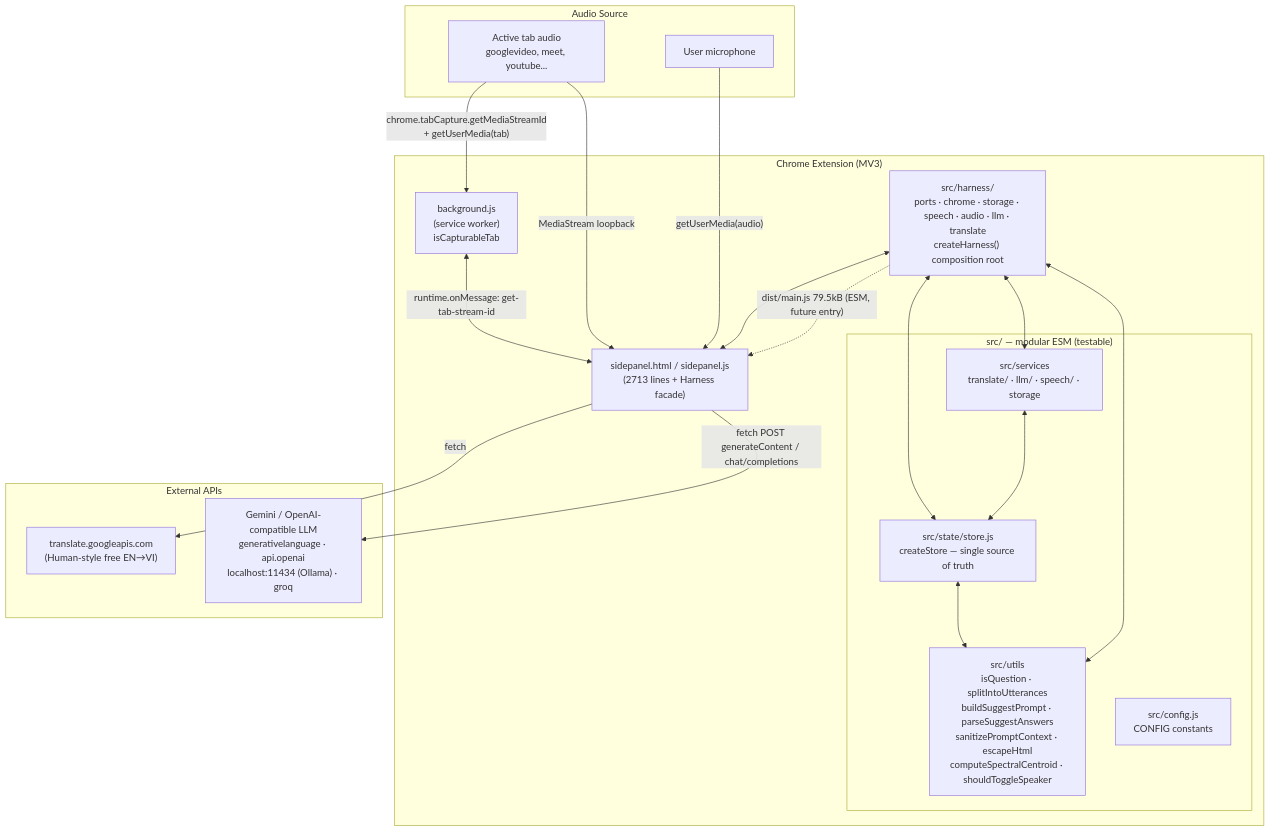
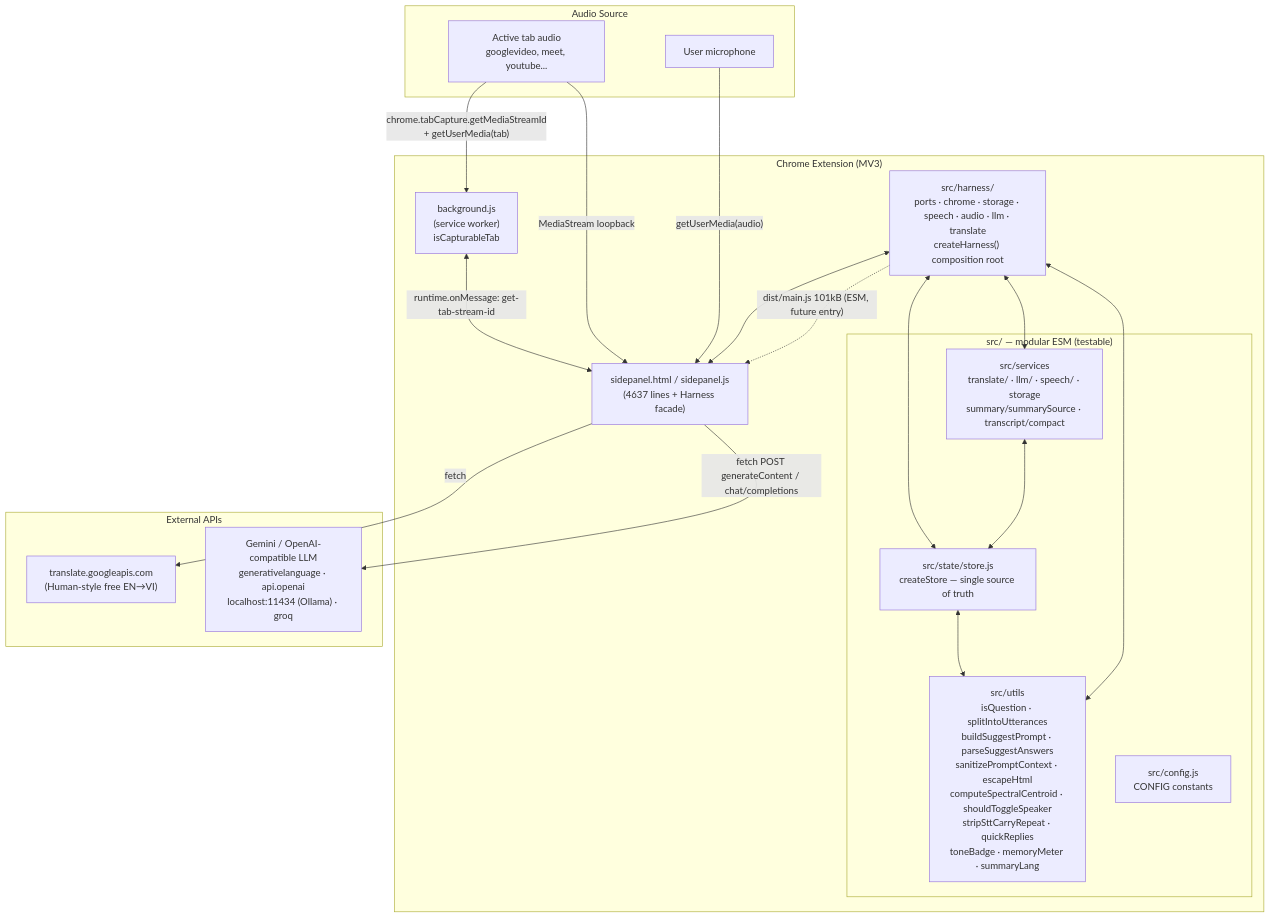
Before and after one commit to nbhson/app-live-translate-extension: the first of 9 diagrams in README.md, drawn with Mermaid. The commit also changed other lines of this file and 16 other files, not shown here.

First line of the commit message:
chore(1.4.0): UI overhaul port React copilot + full-meeting summary + STT guard, docs sync

````diff
--- a/README.md
+++ b/README.md
@@ -13,37 +13,37 @@
 ```mermaid
 flowchart TB
     subgraph Extension["Chrome Extension (MV3)"]
         BG["background.js<br/>(service worker)<br/>isCapturableTab"]
-        SP["sidepanel.html / sidepanel.js<br/>(2713 lines + Harness facade)"]
+        SP["sidepanel.html / sidepanel.js<br/>(4637 lines + Harness facade)"]
         HARNESS["src/harness/<br/>ports · chrome · storage · speech · audio · llm · translate<br/>createHarness() composition root"]
         subgraph Modules["src/ — modular ESM (testable)"]
-            UTILS["src/utils<br/>isQuestion · splitIntoUtterances<br/>buildSuggestPrompt · parseSuggestAnswers<br/>sanitizePromptContext · escapeHtml<br/>computeSpectralCentroid · shouldToggleSpeaker"]
-            SRV["src/services<br/>translate/ · llm/ · speech/ · storage"]
+            UTILS["src/utils<br/>isQuestion · splitIntoUtterances<br/>buildSuggestPrompt · parseSuggestAnswers<br/>sanitizePromptContext · escapeHtml<br/>computeSpectralCentroid · shouldToggleSpeaker<br/>stripSttCarryRepeat · quickReplies<br/>toneBadge · memoryMeter · summaryLang"]
+            SRV["src/services<br/>translate/ · llm/ · speech/ · storage<br/>summary/summarySource · transcript/compact"]
             STORE["src/state/store.js<br/>createStore — single source of truth"]
             CFG["src/config.js<br/>CONFIG constants"]
         end
     end
 
     subgraph AudioFeed["Audio Source"]
         TAB["Active tab audio<br/>googlevideo, meet, youtube..."]
         MIC["User microphone"]
     end
 
     subgraph External["External APIs"]
         GOOG["translate.googleapis.com<br/>(Human-style free EN→VI)"]
         LLM["Gemini / OpenAI-compatible LLM<br/>generativelanguage · api.openai<br/>localhost:11434 (Ollama) · groq"]
     end
 
     BG <-->|"runtime.onMessage: get-tab-stream-id"| SP
     TAB -->|"chrome.tabCapture.getMediaStreamId<br/>+ getUserMedia(tab)"| BG
     TAB -->|"MediaStream loopback"| SP
     MIC -->|"getUserMedia(audio)"| SP
     SP -->|"fetch"| GOOG
     SP -->|"fetch POST generateContent / chat/completions"| LLM
     HARNESS <--> SP
     HARNESS <--> SRV
     HARNESS <--> STORE
     UTILS <--> HARNESS
     SRV <--> STORE <--> UTILS
-    HARNESS -.->|"dist/main.js 79.5kB (ESM, future entry)"| SP
+    HARNESS -.->|"dist/main.js 101kB (ESM, future entry)"| SP
 ```
````
